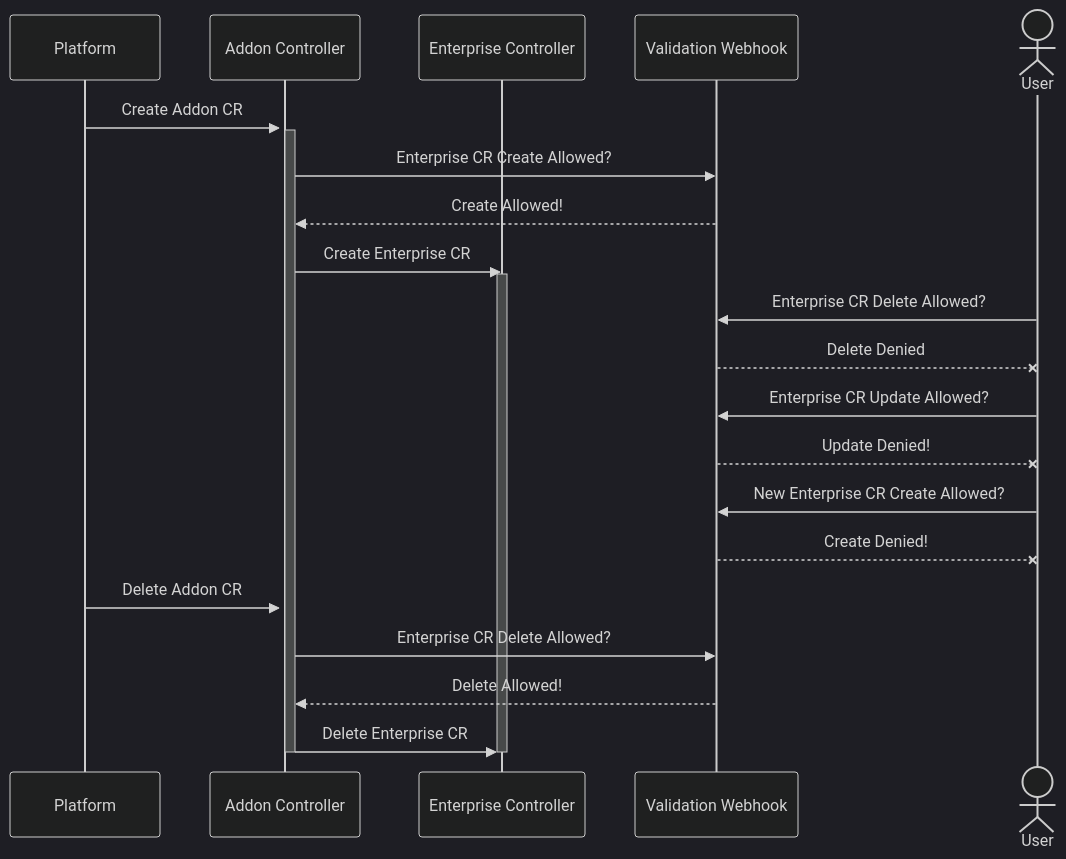
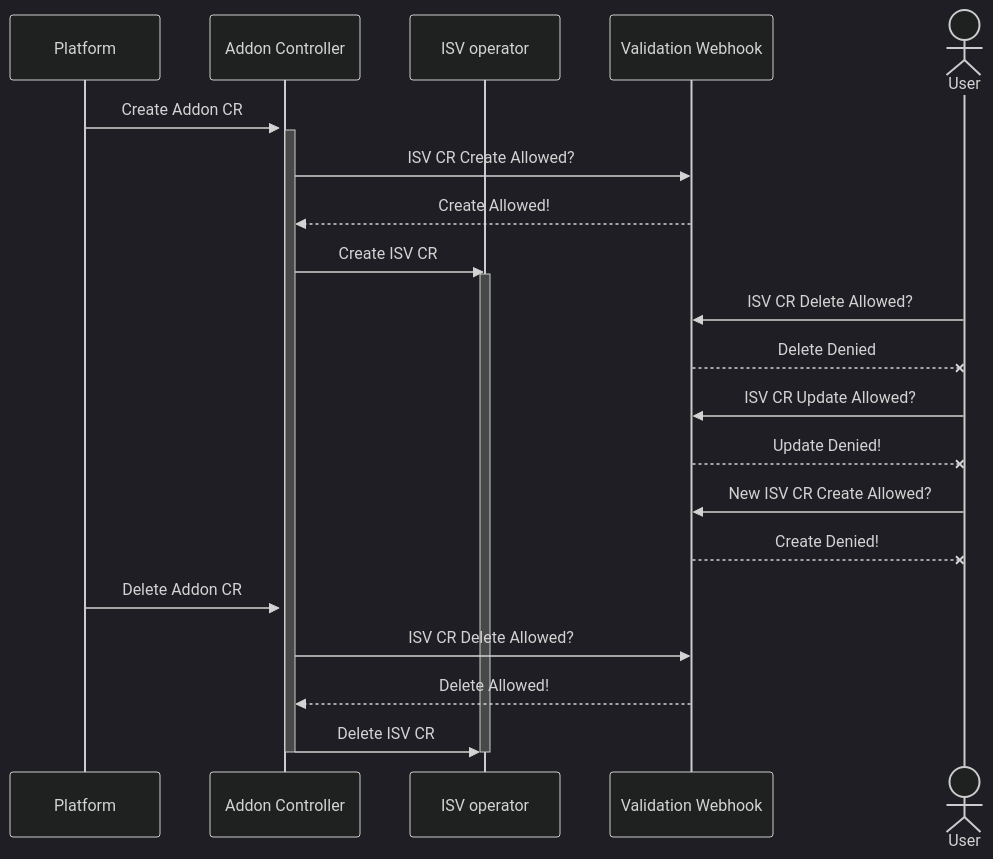
Before and after one commit to RHEcosystemAppEng/isv-addon-operator: the diagram in README.md, drawn with Mermaid (dark theme). The commit also changed other lines of this file and 8 other files, not shown here.

````diff
--- a/README.md
+++ b/README.md
@@ -47,29 +35,29 @@
 ```mermaid
 sequenceDiagram
   participant P as Platform
   participant A as Addon Controller
-  participant E as Enterprise Controller
+  participant I as ISV operator
   participant V as Validation Webhook
   actor U as User
 
   P->>+A: Create Addon CR
   activate A
-  A->>V: Enterprise CR Create Allowed?
+  A->>V: ISV CR Create Allowed?
   V-->>A: Create Allowed!
-  A->>E: Create Enterprise CR
-  activate E
+  A->>I: Create ISV CR
+  activate I
 
-  U->>V: Enterprise CR Delete Allowed?
+  U->>V: ISV CR Delete Allowed?
   V--xU: Delete Denied
-  U->>V: Enterprise CR Update Allowed?
+  U->>V: ISV CR Update Allowed?
   V--xU: Update Denied!
-  U->>V: New Enterprise CR Create Allowed?
+  U->>V: New ISV CR Create Allowed?
   V--xU: Create Denied!
 
   P->>A: Delete Addon CR
-  A->>V: Enterprise CR Delete Allowed?
+  A->>V: ISV CR Delete Allowed?
   V-->>A: Delete Allowed!
-  A->>E: Delete Enterprise CR
-  deactivate E
+  A->>I: Delete ISV CR
+  deactivate I
   deactivate A
 ```
````
